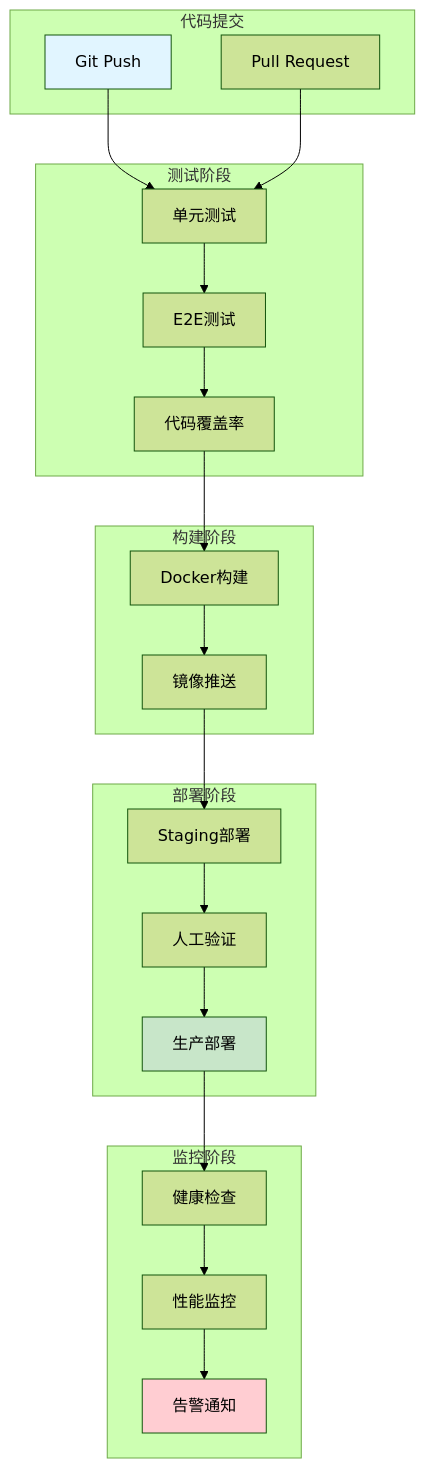
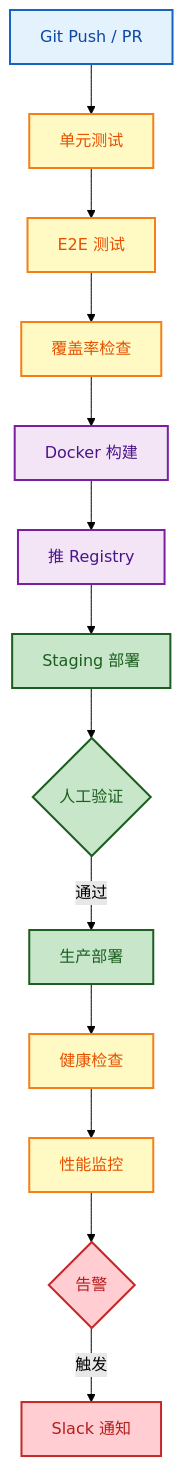
Diagram 13 of 13 in docs/claude/ClaudeCode实战指南.md (microwind/ai-skills), drawn with Mermaid (forest theme) before and after one commit. The commit also changed other lines of this file and 32 other files, not shown here.

````diff
--- a/docs/claude/ClaudeCode实战指南.md
+++ b/docs/claude/ClaudeCode实战指南.md
@@ -3729,47 +1786,26 @@
 ```mermaid
 flowchart TB
-    subgraph "代码提交"
-        A[Git Push]
-        B[Pull Request]
-    end
-    
-    subgraph "测试阶段"
-        C[单元测试]
-        D[E2E测试]
-        E[代码覆盖率]
-    end
-    
-    subgraph "构建阶段"
-        F[Docker构建]
-        G[镜像推送]
-    end
-    
-    subgraph "部署阶段"
-        H[Staging部署]
-        I[人工验证]
-        J[生产部署]
-    end
-    
-    subgraph "监控阶段"
-        K[健康检查]
-        L[性能监控]
-        M[告警通知]
-    end
-    
-    A --> C
-    B --> C
-    C --> D
-    D --> E
-    E --> F
-    F --> G
-    G --> H
-    H --> I
-    I --> J
-    J --> K
-    K --> L
-    L --> M
-    
-    style A fill:#e1f5ff
-    style J fill:#c8e6c9
-    style M fill:#ffcdd2
+    A[Git Push / PR] --> C[单元测试]
+    C --> D[E2E 测试]
+    D --> E[覆盖率检查]
+    E --> F[Docker 构建]
+    F --> G[推 Registry]
+    G --> H[Staging 部署]
+    H --> I{人工验证}
+    I -->|通过| J[生产部署]
+    J --> K[健康检查]
+    K --> L[性能监控]
+    L --> M{告警}
+    M -->|触发| N[Slack 通知]
+
+    classDef start fill:#e3f2fd,stroke:#1565c0,stroke-width:2px,color:#0d47a1;
+    classDef test fill:#fff9c4,stroke:#f57f17,stroke-width:2px,color:#e65100;
+    classDef build fill:#f3e5f5,stroke:#7b1fa2,stroke-width:2px,color:#4a148c;
+    classDef deploy fill:#c8e6c9,stroke:#1b5e20,stroke-width:2px,color:#1b5e20;
+    classDef alert fill:#ffcdd2,stroke:#c62828,stroke-width:2px,color:#b71c1c;
+    class A start;
+    class C,D,E,K,L test;
+    class F,G build;
+    class H,I,J deploy;
+    class M,N alert;
 ```
````
